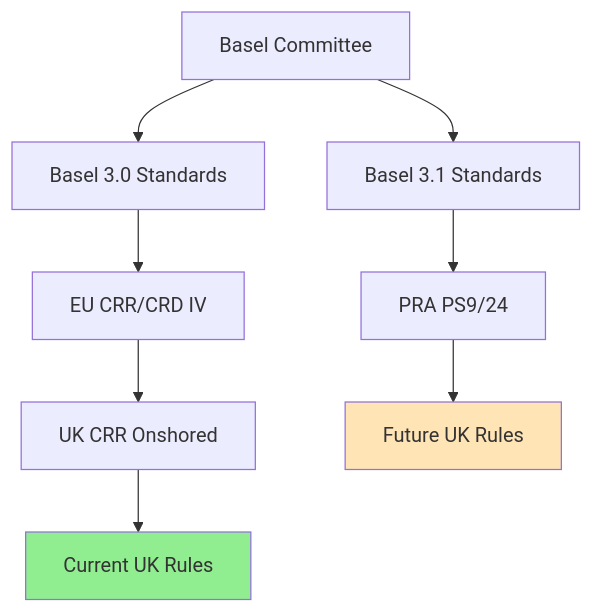
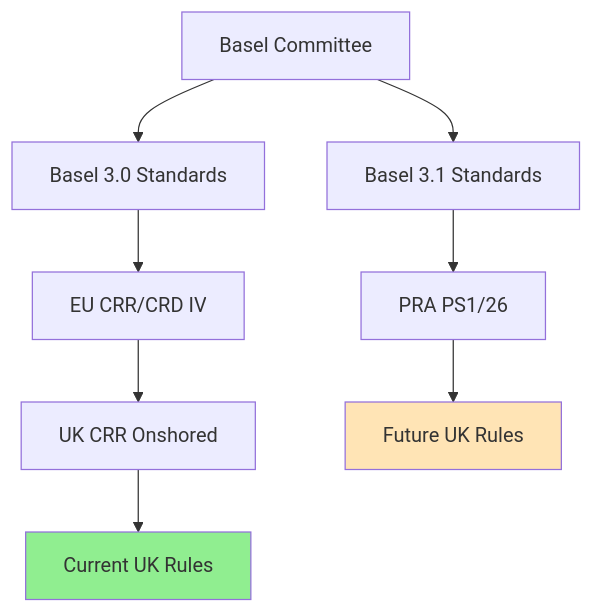
One commit to OpenAfterHours/rwa_calculator changed the diagram in docs/user-guide/regulatory/index.md. Above: the diagram before and after it, drawn with Mermaid. The commit also changed other lines of this file and 71 other files, not shown here.

````diff
--- a/docs/user-guide/regulatory/index.md
+++ b/docs/user-guide/regulatory/index.md
@@ -16,13 +16,13 @@
 ```mermaid
 graph TD
     A[Basel Committee] --> B[Basel 3.0 Standards]
     A --> C[Basel 3.1 Standards]
     B --> D[EU CRR/CRD IV]
-    C --> E[PRA PS9/24]
+    C --> E[PRA PS1/26]
     D --> F[UK CRR Onshored]
     F --> G[Current UK Rules]
     E --> H[Future UK Rules]
 
     style G fill:#90EE90
     style H fill:#FFE4B5
 ```
````
